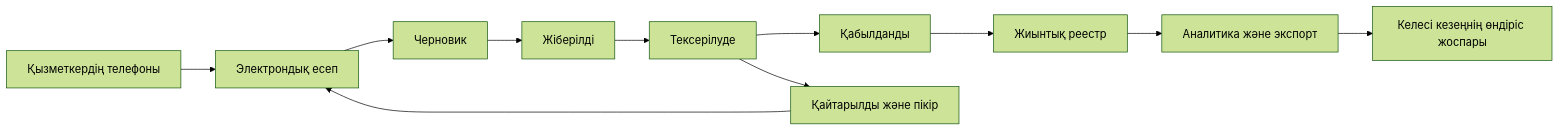
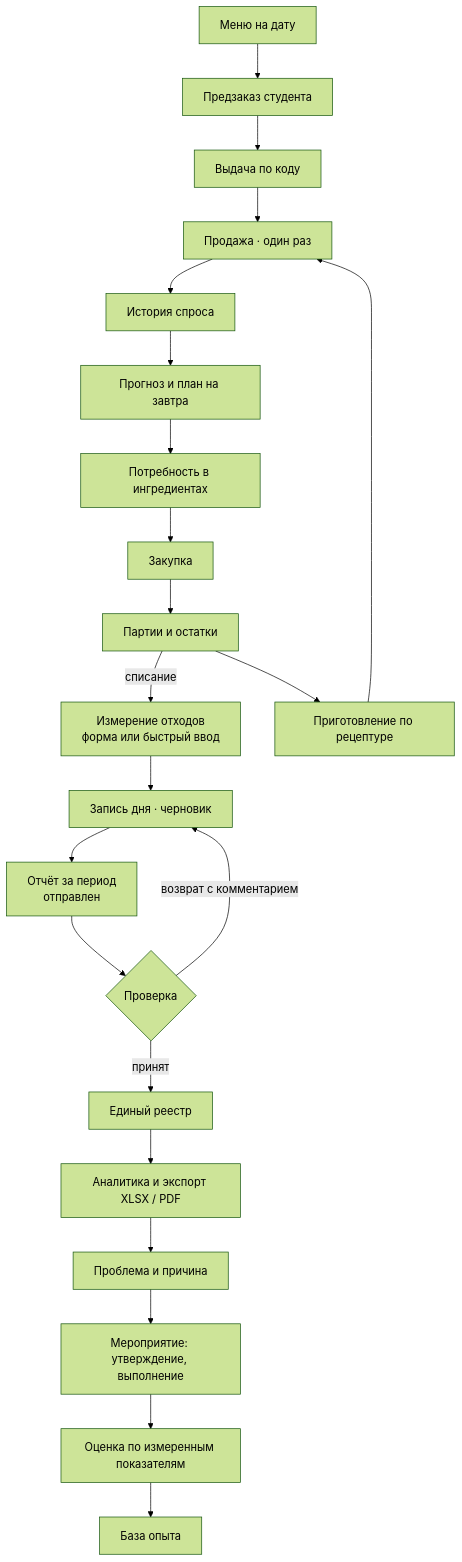
Before and after one commit to zharkynulydaniyar-lab/NOVA_QALDYQ: the second of 3 diagrams in docs/ARCHITECTURE.md, drawn with Mermaid (forest theme). The commit also changed other lines of this file and 14 other files, not shown here.

First line of the commit message:
Add requirements table, architecture with ER diagram, defence materials and presentation

````diff
--- a/docs/ARCHITECTURE.md
+++ b/docs/ARCHITECTURE.md
@@ -5,13 +42,24 @@
 ```mermaid
-flowchart LR
-    A[Қызметкердің телефоны] --> B[Электрондық есеп]
-    B --> C[Черновик]
-    C --> D[Жіберілді]
-    D --> E[Тексерілуде]
-    E --> F[Қабылданды]
-    E --> G[Қайтарылды және пікір]
-    G --> B
-    F --> H[Жиынтық реестр]
-    H --> I[Аналитика және экспорт]
-    I --> J[Келесі кезеңнің өндіріс жоспары]
+flowchart TD
+    A[Измерение отходов<br>форма или быстрый ввод] --> B[Запись дня · черновик]
+    B --> C[Отчёт за период<br>отправлен]
+    C --> D{Проверка}
+    D -->|возврат с комментарием| B
+    D -->|принят| E[Единый реестр]
+    E --> F[Аналитика и экспорт XLSX / PDF]
+    G[Меню на дату] --> H[Предзаказ студента]
+    H --> I[Выдача по коду]
+    I --> J[Продажа · один раз]
+    K[Закупка] --> L[Партии и остатки]
+    L --> M[Приготовление по рецептуре]
+    M --> J
+    L -->|списание| A
+    J --> N[История спроса]
+    N --> O[Прогноз и план на завтра]
+    O --> P[Потребность в ингредиентах]
+    P --> K
+    F --> Q[Проблема и причина]
+    Q --> R[Мероприятие: утверждение, выполнение]
+    R --> S[Оценка по измеренным показателям]
+    S --> T[База опыта]
 ```
````
